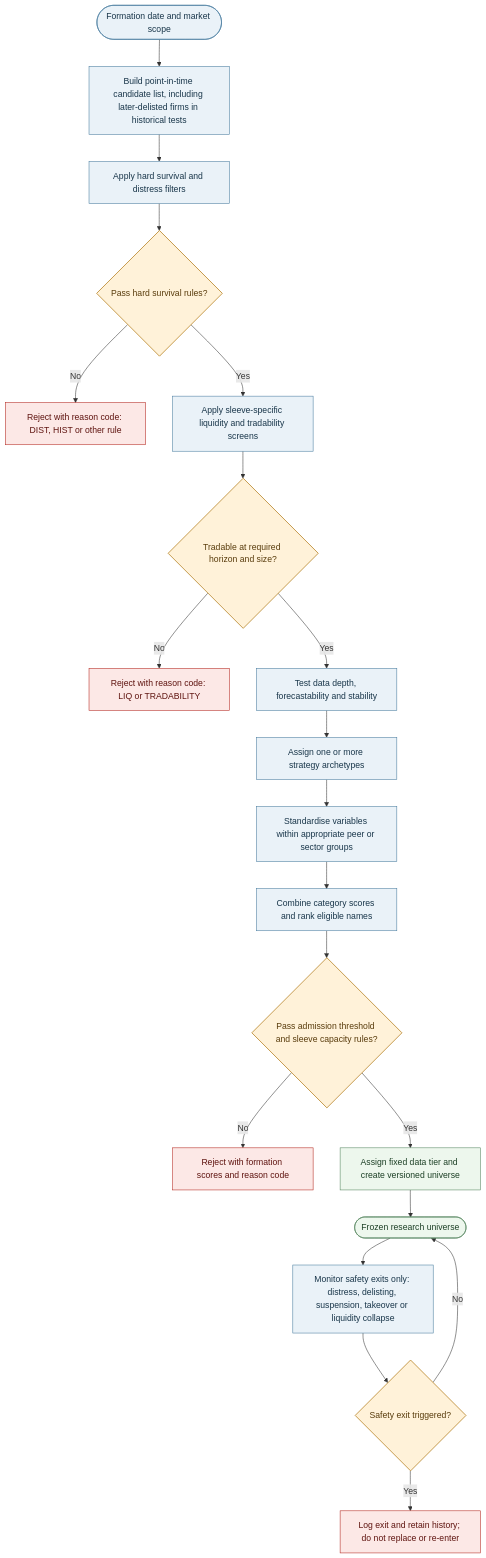
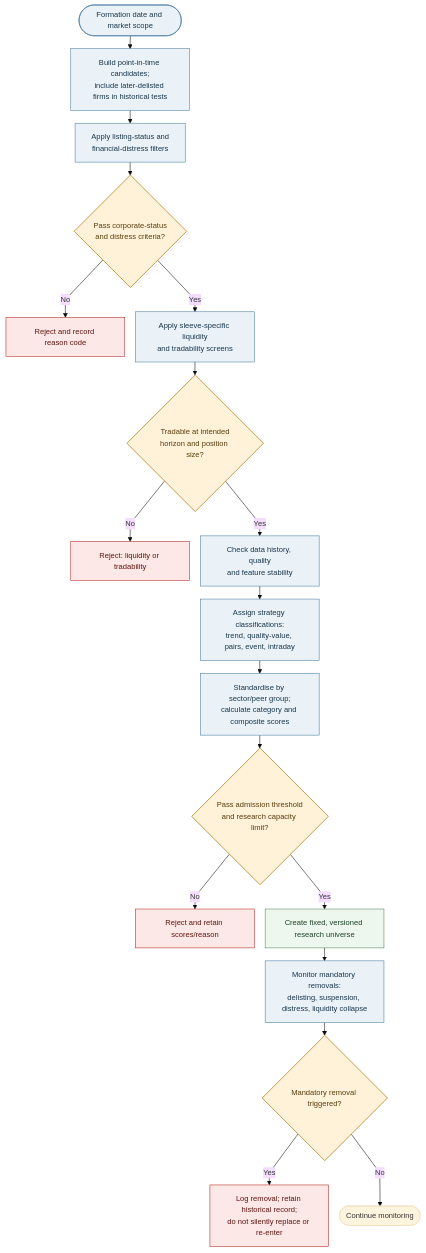
One commit to dannysilverio6-creator/AQP---LSEG changed the fourth of 15 diagrams in AQP OVERVIEW.md. Above: the diagram before and after it, drawn with Mermaid. The commit also changed other lines of this file, not shown here.

````diff
--- a/AQP OVERVIEW.md
+++ b/AQP OVERVIEW.md
@@ -223,31 +233,38 @@
 ```mermaid
+%%{init: {"theme": "base", "flowchart": {"nodeSpacing": 20, "rankSpacing": 24, "wrappingWidth": 160, "diagramPadding": 24, "curve": "linear"}, "themeVariables": {"fontSize": "14px"}}}%%
 flowchart TB
-    A([Formation date and market scope]) --> B[Build point-in-time candidate list, including later-delisted firms in historical tests]
-    B --> C[Apply hard survival and distress filters]
-    C --> D{Pass hard survival rules?}
-    D -->|No| X[Reject with reason code: DIST, HIST or other rule]
-    D -->|Yes| E[Apply sleeve-specific liquidity and tradability screens]
-    E --> F{Tradable at required horizon and size?}
-    F -->|No| Y[Reject with reason code: LIQ or TRADABILITY]
-    F -->|Yes| G[Test data depth, forecastability and stability]
-    G --> H[Assign one or more strategy archetypes]
-    H --> I[Standardise variables within appropriate peer or sector groups]
-    I --> J[Combine category scores and rank eligible names]
-    J --> K{Pass admission threshold and sleeve capacity rules?}
-    K -->|No| Z[Reject with formation scores and reason code]
-    K -->|Yes| L[Assign fixed data tier and create versioned universe]
-    L --> M([Frozen research universe])
-    M --> N[Monitor safety exits only: distress, delisting, suspension, takeover or liquidity collapse]
-    N --> O{Safety exit triggered?}
-    O -->|Yes| P[Log exit and retain history; do not replace or re-enter]
-    O -->|No| M
-
+    A([Formation date and market scope])
+    B["Build point-in-time candidates;<br/>include later-delisted firms in historical tests"]
+    C["Apply listing-status and<br/>financial-distress filters"]
+    D{Pass corporate-status<br/>and distress criteria?}
+    X["Reject and record reason code"]
+    E["Apply sleeve-specific liquidity<br/>and tradability screens"]
+    F{Tradable at intended<br/>horizon and position size?}
+    Y["Reject: liquidity or tradability"]
+    G["Check data history, quality<br/>and feature stability"]
+    H["Assign strategy classifications:<br/>trend, quality-value, pairs, event, intraday"]
+    I["Standardise by sector/peer group;<br/>calculate category and composite scores"]
+    J{Pass admission threshold<br/>and research capacity limit?}
+    Z["Reject and retain scores/reason"]
+    L["Create fixed, versioned research universe"]
+    M["Monitor mandatory removals:<br/>delisting, suspension, distress, liquidity collapse"]
+    N{Mandatory removal triggered?}
+    P["Log removal; retain historical record;<br/>do not silently replace or re-enter"]
+    A --> B --> C --> D
+    D -->|No| X
+    D -->|Yes| E --> F
+    F -->|No| Y
+    F -->|Yes| G --> H --> I --> J
+    J -->|No| Z
+    J -->|Yes| L --> M --> N
+    N -->|Yes| P
+    N -->|No| Q([Continue monitoring])
     classDef process fill:#eaf2f8,stroke:#477b9e,color:#19364a;
     classDef decision fill:#fff2d9,stroke:#b9862b,color:#593c0c,stroke-width:1.5px;
     classDef reject fill:#fce8e6,stroke:#b3261e,color:#5f1410;
     classDef output fill:#edf7ed,stroke:#54845e,color:#1d4026;
-    class A,B,C,E,G,H,I,J,N process;
-    class D,F,K,O decision;
+    class A,B,C,E,G,H,I,M process;
+    class D,F,J,N decision;
     class X,Y,Z,P reject;
-    class L,M output;
+    class L output;
 ```
````
